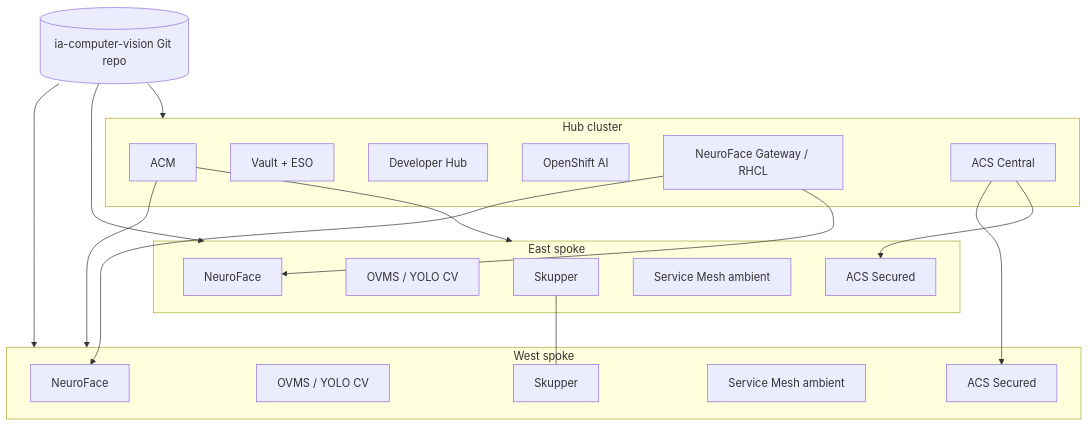
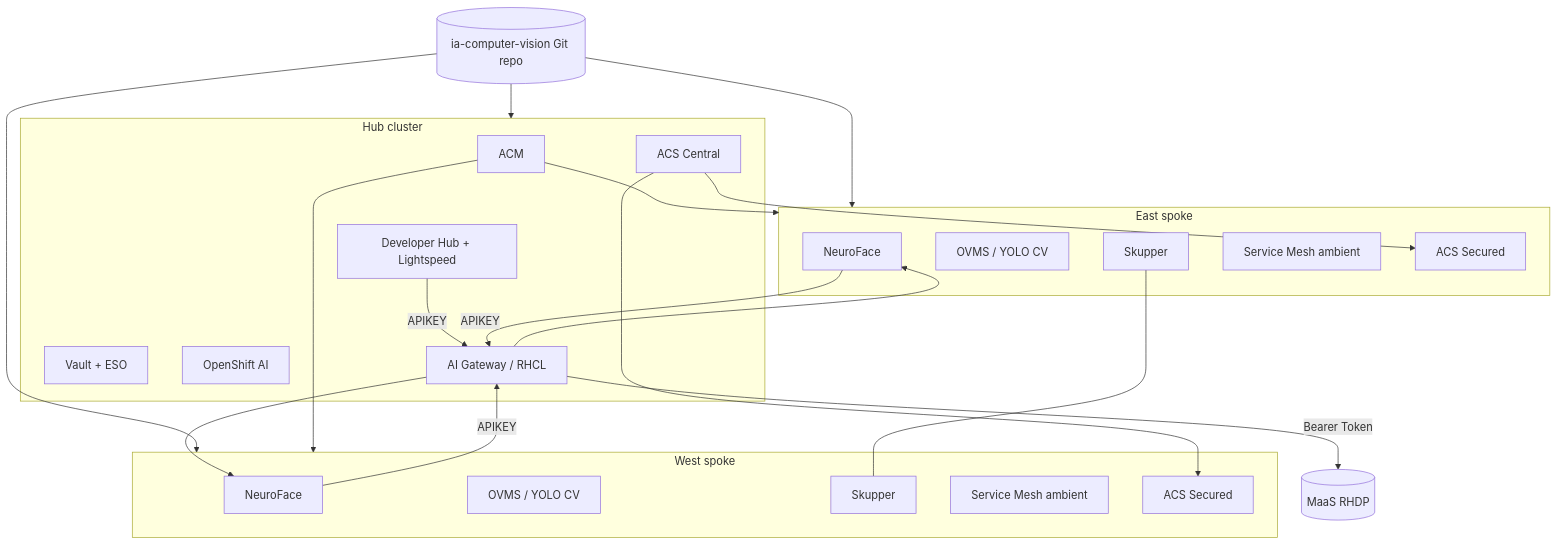
The diagram in README.md (maximilianoPizarro/ia-computer-vision), drawn with Mermaid before and after one commit. The commit also changed other lines of this file and 2 other files, not shown here.

Commit message:
docs: update README and docs with AI Gateway single APIKEY and Lightspeed integration

````diff
--- a/README.md
+++ b/README.md
@@ -79,38 +79,42 @@
 ```mermaid
 flowchart TB
   subgraph hub ["Hub cluster"]
     ACM[ACM]
     Vault[Vault + ESO]
-    RHDH[Developer Hub]
+    RHDH[Developer Hub + Lightspeed]
     RHOAI[OpenShift AI]
-    RHCL[NeuroFace Gateway / RHCL]
+    RHCL[AI Gateway / RHCL]
     ACS_C[ACS Central]
   end
 
   subgraph east ["East spoke"]
     NF_E[NeuroFace]
     CV_E[OVMS / YOLO CV]
     SK_E[Skupper]
     SM_E[Service Mesh ambient]
     ACS_E[ACS Secured]
   end
 
   subgraph west ["West spoke"]
     NF_W[NeuroFace]
     CV_W[OVMS / YOLO CV]
     SK_W[Skupper]
     SM_W[Service Mesh ambient]
     ACS_W[ACS Secured]
   end
 
   Git[(ia-computer-vision Git repo)] --> hub
   Git --> east
   Git --> west
   ACM --> east
   ACM --> west
   RHCL --> NF_E
   RHCL --> NF_W
+  RHDH -->|"APIKEY"| RHCL
+  NF_E -->|"APIKEY"| RHCL
+  NF_W -->|"APIKEY"| RHCL
+  RHCL -->|"Bearer Token"| MaaS[(MaaS RHDP)]
   SK_E --- SK_W
   ACS_C --> ACS_E
   ACS_C --> ACS_W
 ```
````
